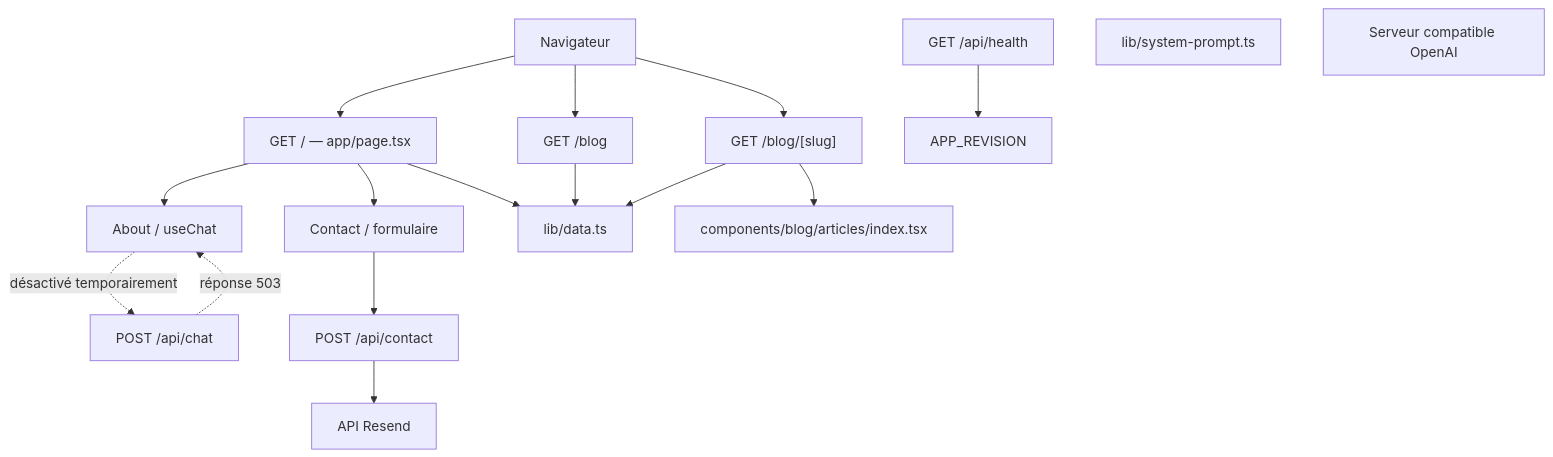
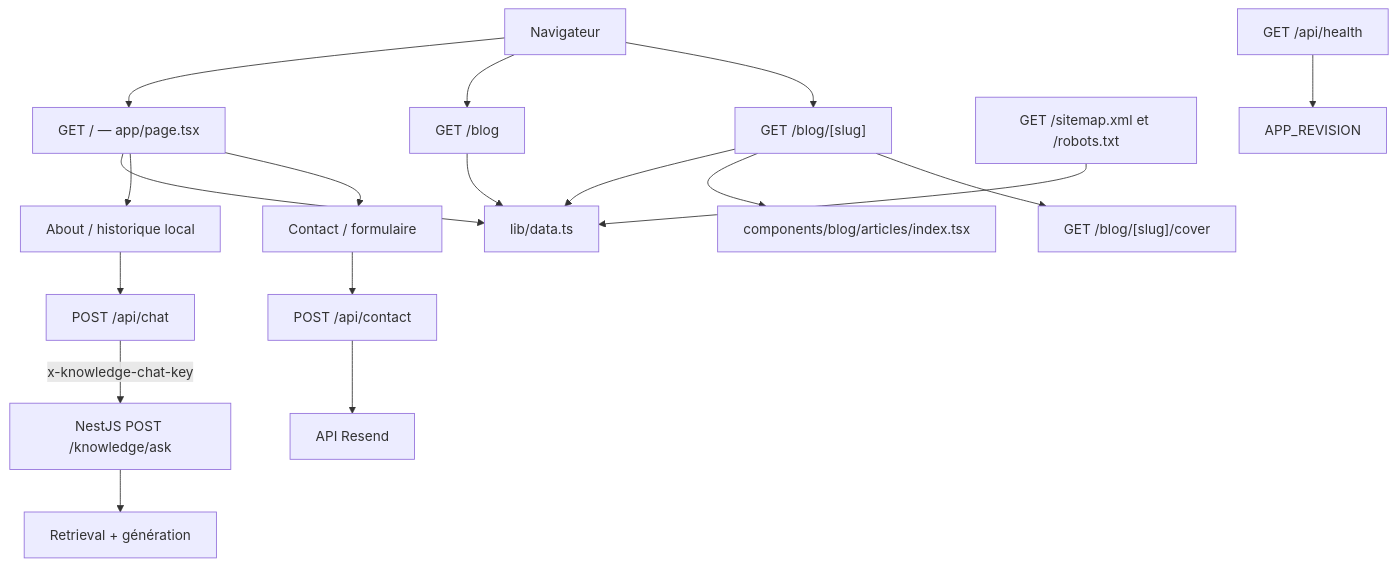
Before and after one commit to alexcommeau/my-portfolio: the diagram in CONTEXT.md, drawn with Mermaid. The commit also changed other lines of this file and 37 other files, not shown here.

First line of the commit message:
feat: socle SEO du blog, images sociales et chat via backend NestJS

````diff
--- a/CONTEXT.md
+++ b/CONTEXT.md
@@ -154,32 +156,37 @@
 ```mermaid
 flowchart TD
     Browser[Navigateur]
     Home["GET / — app/page.tsx"]
     BlogIndex["GET /blog"]
     Article["GET /blog/[slug]"]
-    ChatUI["About / useChat"]
+    Cover["GET /blog/[slug]/cover"]
+    Seo["GET /sitemap.xml et /robots.txt"]
+    ChatUI["About / historique local"]
     ChatAPI["POST /api/chat"]
+    NestChat["NestJS POST /knowledge/ask"]
+    Rag["Retrieval + génération"]
     ContactUI["Contact / formulaire"]
     ContactAPI["POST /api/contact"]
     Resend["API Resend"]
     Health["GET /api/health"]
-    Prompt["lib/system-prompt.ts"]
     Data["lib/data.ts"]
-    LLM["Serveur compatible OpenAI"]
     Registry["components/blog/articles/index.tsx"]
 
     Browser --> Home
     Browser --> BlogIndex
     Browser --> Article
     Home --> Data
     BlogIndex --> Data
     Article --> Data
     Article --> Registry
+    Article --> Cover
+    Seo --> Data
     Home --> ChatUI
-    ChatUI -. désactivé temporairement .-> ChatAPI
-    ChatAPI -. réponse 503 .-> ChatUI
+    ChatUI --> ChatAPI
+    ChatAPI -->|"x-knowledge-chat-key"| NestChat
+    NestChat --> Rag
     Home --> ContactUI
     ContactUI --> ContactAPI
     ContactAPI --> Resend
     Health --> Revision["APP_REVISION"]
 ```
````
